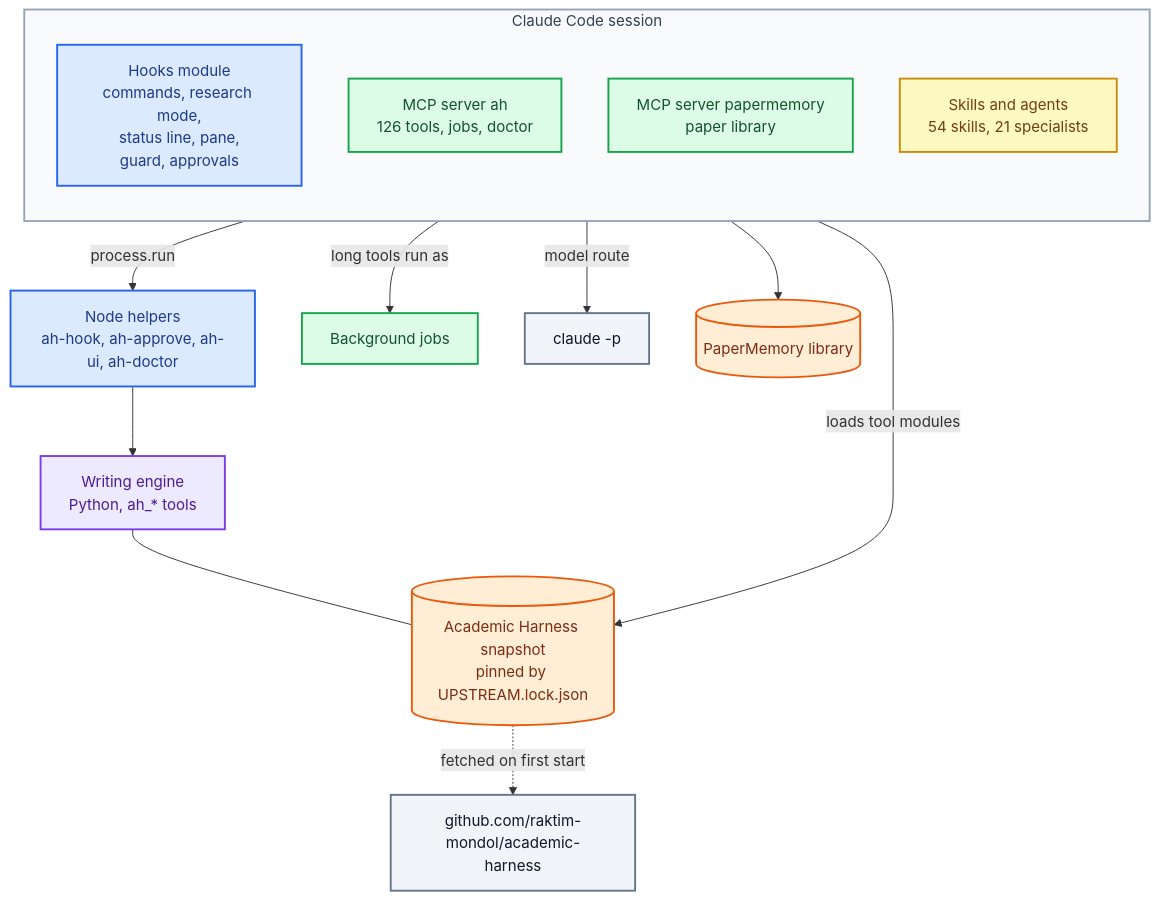
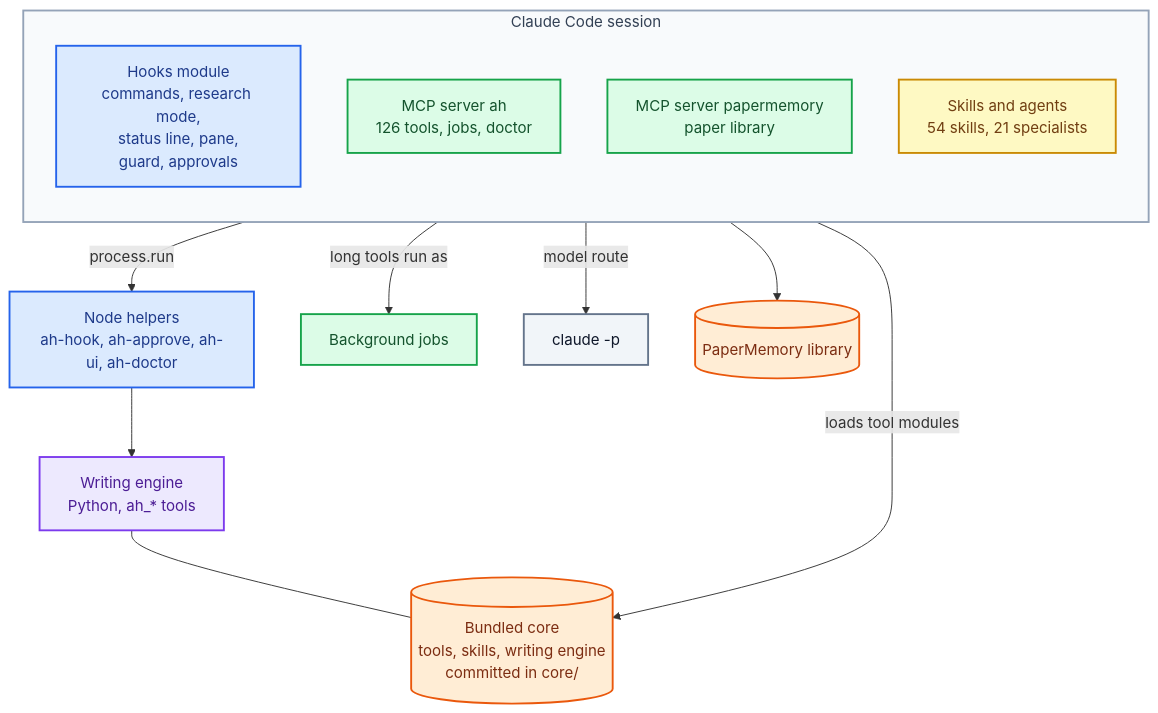
The diagram in docs/assets/architecture.mmd (raktim-mondol/cc-mod-academic-harness), drawn with Mermaid before and after one commit. The commit also changed 104 other files, not shown here.

```diff
--- a/docs/assets/architecture.mmd
+++ b/docs/assets/architecture.mmd
@@ -1,30 +1,29 @@
 flowchart TB
   subgraph CC["Claude Code session"]
     direction TB
     H["Hooks module<br/>commands, research mode,<br/>status line, pane,<br/>guard, approvals"]
     AH["MCP server ah<br/>126 tools, jobs, doctor"]
     PM["MCP server papermemory<br/>paper library"]
     SK["Skills and agents<br/>54 skills, 21 specialists"]
   end
   H -->|"process.run"| BIN["Node helpers<br/>ah-hook, ah-approve, ah-ui, ah-doctor"]
   BIN --> ENG["Writing engine<br/>Python, ah_* tools"]
-  AH -->|"loads tool modules"| UP[("Academic Harness snapshot<br/>pinned by UPSTREAM.lock.json")]
+  AH -->|"loads tool modules"| UP[("Bundled core<br/>tools, skills, writing engine<br/>committed in core/")]
   AH -->|"long tools run as"| JOBS["Background jobs"]
   AH -->|"model route"| CLI["claude -p"]
-  UP -.->|"fetched on first start"| GH["github.com/raktim-mondol/academic-harness"]
   ENG --- UP
   PM --> LIB[("PaperMemory library")]
 
   classDef hooks fill:#dbeafe,stroke:#2563eb,stroke-width:2px,color:#1e3a8a
   classDef server fill:#dcfce7,stroke:#16a34a,stroke-width:2px,color:#14532d
   classDef content fill:#fef9c3,stroke:#ca8a04,stroke-width:2px,color:#713f12
   classDef engine fill:#ede9fe,stroke:#7c3aed,stroke-width:2px,color:#4c1d95
   classDef store fill:#ffedd5,stroke:#ea580c,stroke-width:2px,color:#7c2d12
   classDef outside fill:#f1f5f9,stroke:#64748b,stroke-width:2px,color:#0f172a
   class H,BIN hooks
   class AH,PM,JOBS server
   class SK content
   class ENG engine
   class UP,LIB store
-  class CLI,GH outside
+  class CLI outside
   style CC fill:#f8fafc,stroke:#94a3b8,stroke-width:2px,color:#334155
```
